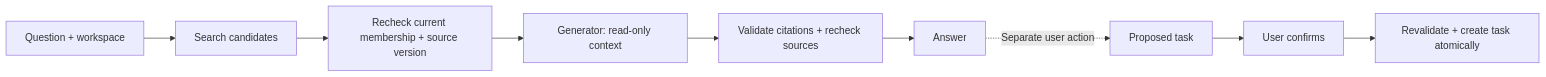
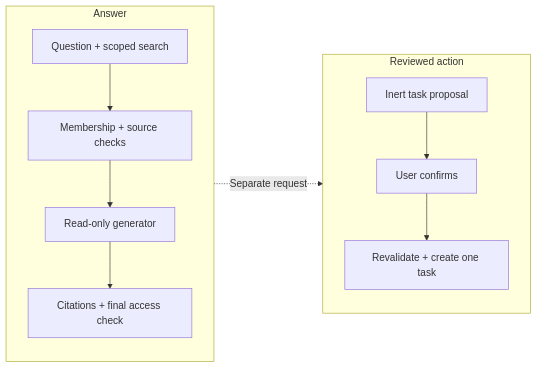
Before and after one commit to aistrategyc/source-aware-rag-lab: the diagram in README.md, drawn with Mermaid.

Commit message:
Separate answer and action paths in the architecture diagram (#1)

````diff
--- a/README.md
+++ b/README.md
@@ -18,11 +18,15 @@
 ```mermaid
 flowchart LR
-  Q["Question + workspace"] --> S["Search candidates"]
-  S --> V["Recheck current membership + source version"]
-  V --> G["Generator: read-only context"]
-  G --> C["Validate citations + recheck sources"]
-  C --> A["Answer"]
-  A -. "Separate user action" .-> P["Proposed task"]
-  P --> U["User confirms"]
-  U --> T["Revalidate + create task atomically"]
+  subgraph R["Answer"]
+    direction TB
+    Q["Question + scoped search"] --> V["Membership + source checks"]
+    V --> G["Read-only generator"]
+    G --> C["Citations + final access check"]
+  end
+  subgraph W["Reviewed action"]
+    direction TB
+    P["Inert task proposal"] --> U["User confirms"]
+    U --> T["Revalidate + create one task"]
+  end
+  R -. "Separate request" .-> W
 ```
````
